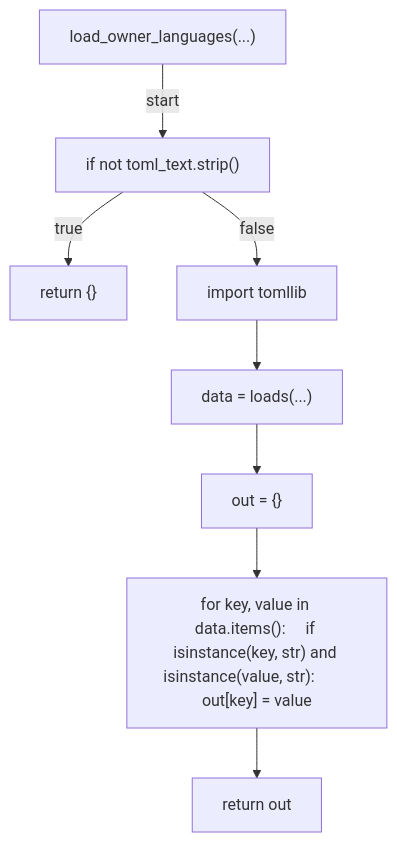
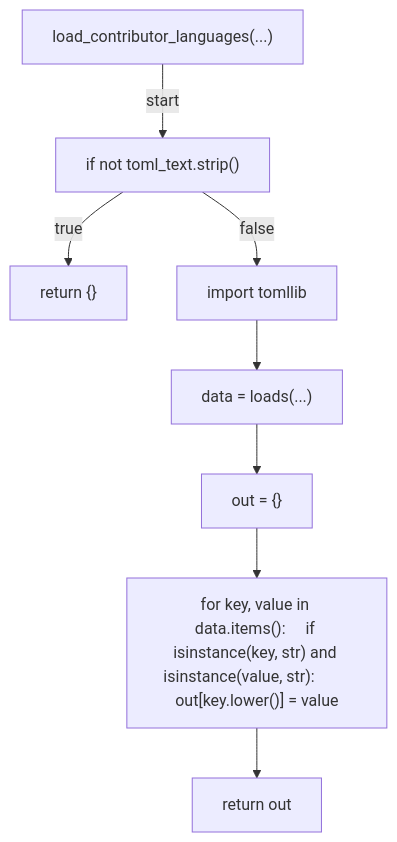
The first of 9 diagrams in docs/generated/scripts/ast/plan_language_context.md (tvna/claude-md), drawn with Mermaid before and after one commit. The commit also changed other lines of this file, not shown here.

First line of the commit message:
docs(generated): regenerate decision tree and workflow diagrams

````diff
--- a/docs/generated/scripts/ast/plan_language_context.md
+++ b/docs/generated/scripts/ast/plan_language_context.md
@@ -43,18 +7,18 @@
 ```mermaid
 flowchart TD
-    N001["load_owner_languages(...)"]
+    N001["load_contributor_languages(...)"]
     N002["if not toml_text.strip()"]
     N003["return {}"]
     N004["import tomllib"]
     N005["data = loads(...)"]
     N006["out = {}"]
-    N007["for key, value in data.items():     if isinstance(key, str) and isinstance(value, str):         out[key] = value"]
+    N007["for key, value in data.items():     if isinstance(key, str) and isinstance(value, str):         out[key.lower()] = value"]
     N008["return out"]
     N001 -->|"start"| N002
     N002 -->|"true"| N003
     N002 -->|"false"| N004
     N004 --> N005
     N005 --> N006
     N006 --> N007
     N007 --> N008
 ```
````
